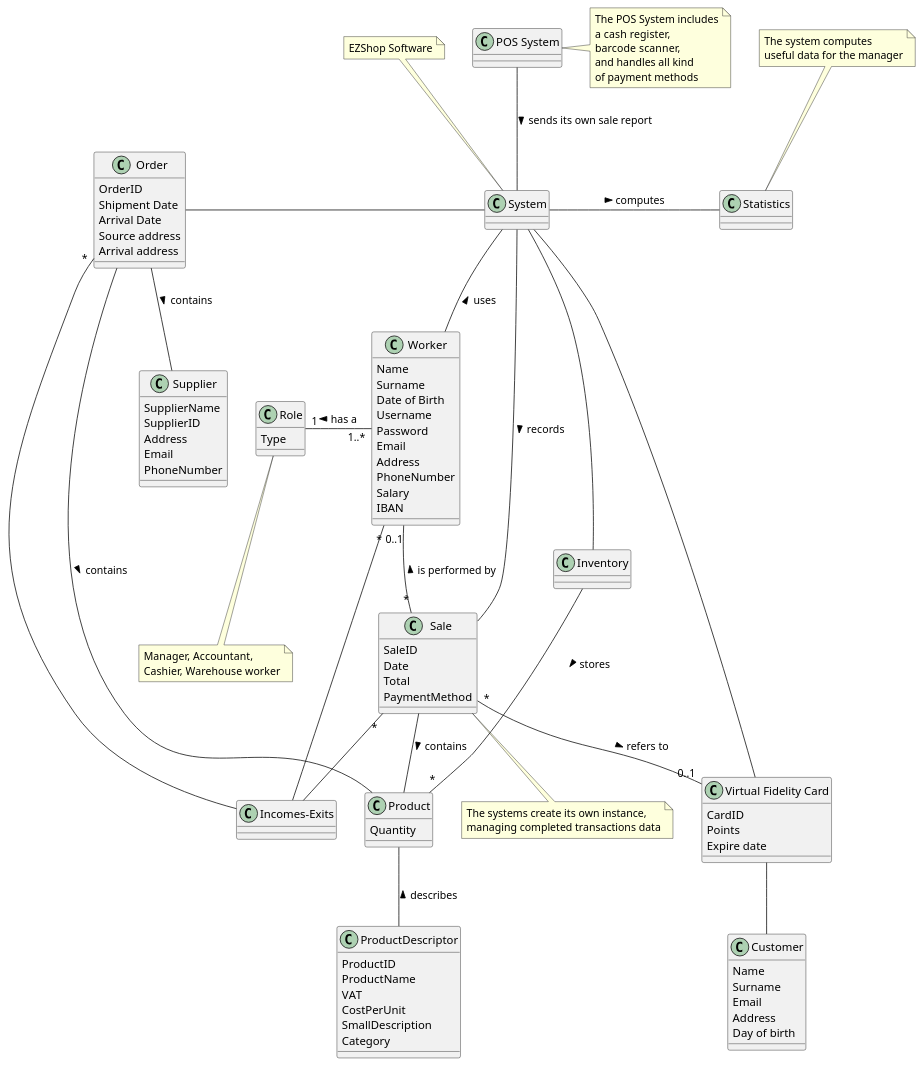
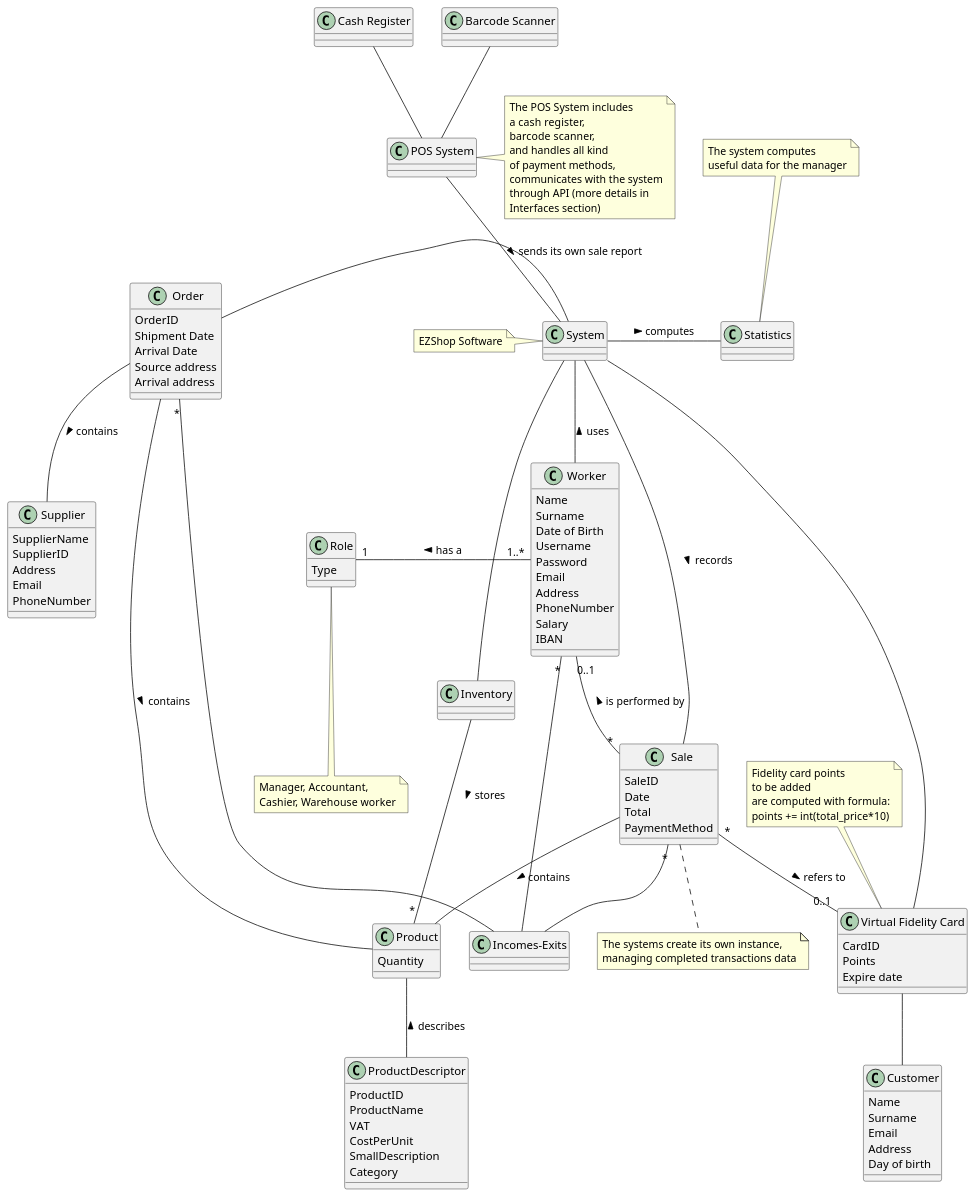
The fourth of 5 diagrams in Deliverables/RequirementsDocument.md (ThePiromaximus/ezshop), drawn with PlantUML before and after one commit. The commit also changed other lines of this file, not shown here.

Commit message:
doc: updated Glossary in RequirementsDocument.md

````diff
--- a/Deliverables/RequirementsDocument.md
+++ b/Deliverables/RequirementsDocument.md
@@ -1146,7 +1147,7 @@
 ```plantuml
 @startuml
 class "POS System" as POS
-note right of POS : The POS System includes\na cash register,\nbarcode scanner,\nand handles all kind\nof payment methods
+note right of POS : The POS System includes\na cash register,\nbarcode scanner,\nand handles all kind\nof payment methods,\ncommunicates with the system\nthrough API (more details in\nInterfaces section)
 class Worker {
 Name
 Surname
@@ -1203,6 +1204,7 @@
 Points
 Expire date
 }
+note top of VFC : Fidelity card points\nto be added\nare computed with formula:\npoints += int(total_price*10)
 class Supplier {
 SupplierName
 SupplierID
@@ -1211,7 +1213,7 @@
 PhoneNumber
 }
 class System
-note top of System : EZShop Software
+note left of System : EZShop Software
 
 Product "*" -up- Inventory : < stores
 Product -- ProductDescriptor : < describes
@@ -1225,6 +1227,8 @@
 Sale -- Product : > contains
 Worker "*" -- Incexi
 System -up- POS : < sends its own sale report
+"Cash Register" -down- POS
+"Barcode Scanner" -down- POS
 System -- Sale : > records
 note bottom of Sale : The systems create its own instance,\nmanaging completed transactions data
 System -- Worker : < uses
````
